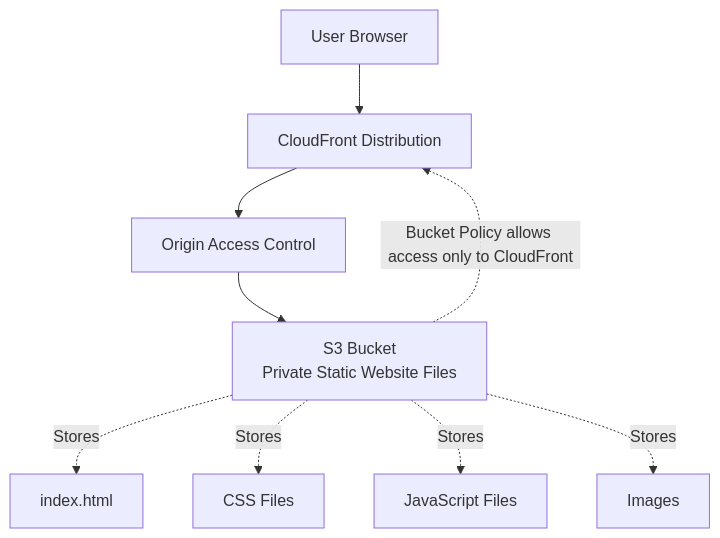
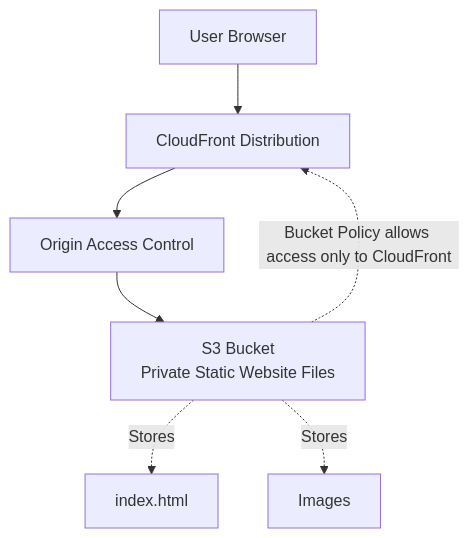
One commit to rashmiyadav02031989-wq/AWS-Static-Website-Hosting-CloudFront-Private-S3 changed the diagram in README.md. Above: the diagram before and after it, drawn with Mermaid.

````diff
--- a/README.md
+++ b/README.md
@@ -7,18 +7,16 @@
 ```mermaid
 flowchart TD
     U[User Browser]
     CF[CloudFront Distribution]
     OAC[Origin Access Control]
     S3[S3 Bucket<br/>Private Static Website Files]
 
     U --> CF
     CF --> OAC
     OAC --> S3
 
     S3 -. Stores .-> IDX[index.html]
-    S3 -. Stores .-> CSS[CSS Files]
-    S3 -. Stores .-> JS[JavaScript Files]
     S3 -. Stores .-> IMG[Images]
 
     S3 -. Bucket Policy allows access only to CloudFront .-> CF
 ```
````
